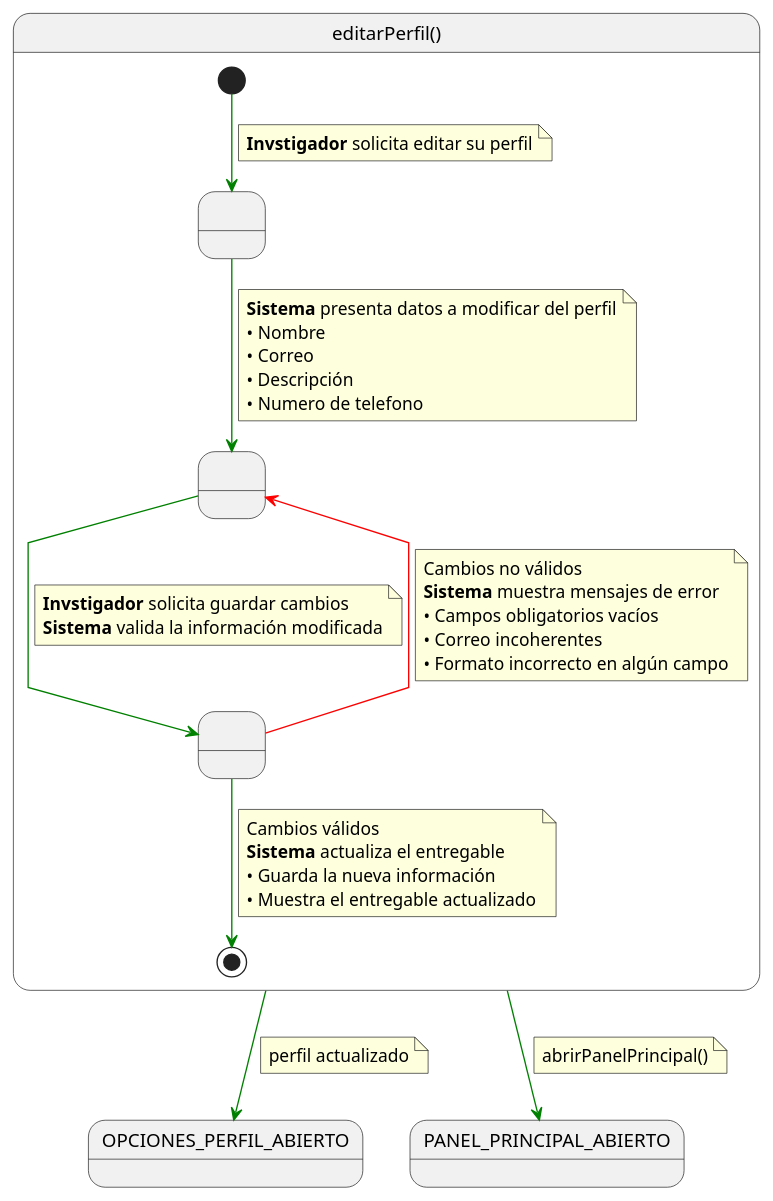
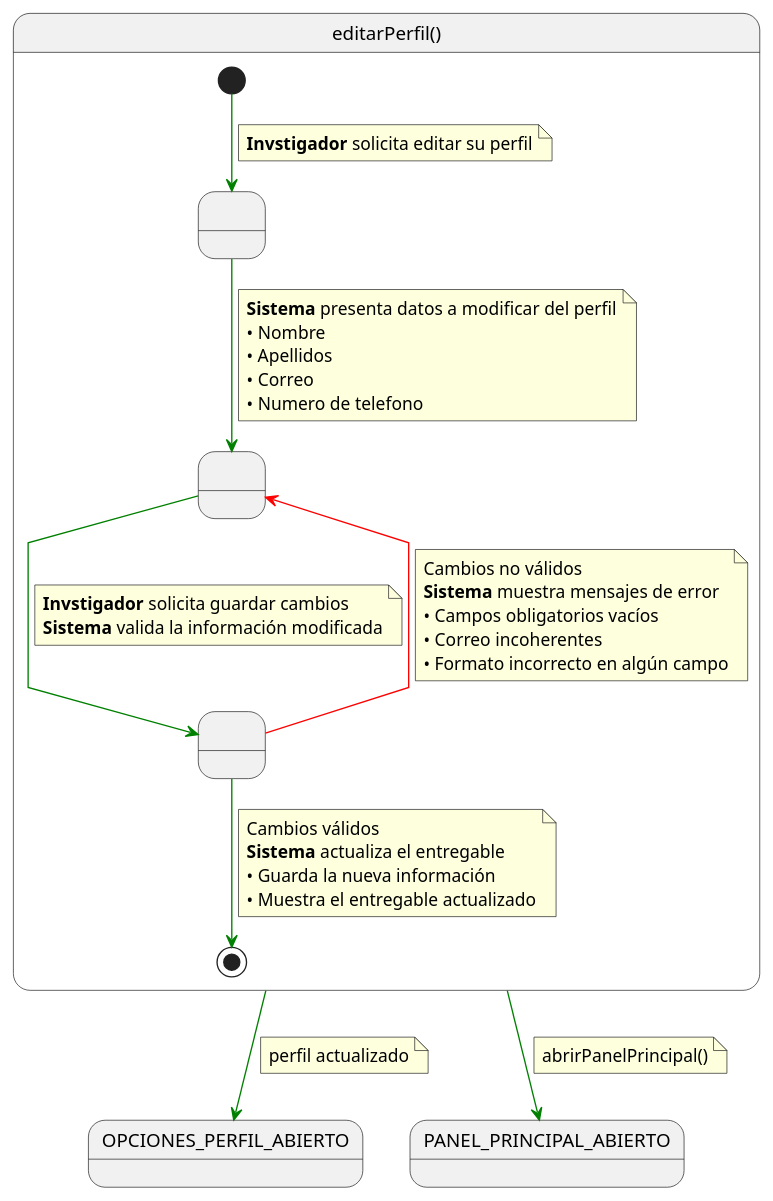
One commit to 31Diego/25-26-IdSw1-SdR changed the diagram in documents/CasosDeUso/investigador/01-gestion-perfil-investigador/editarPerfil/editarPerfil.puml. Above: the diagram before and after it, drawn with PlantUML.

Commit message:
fix/dato en perfil

```diff
--- a/documents/CasosDeUso/investigador/01-gestion-perfil-investigador/editarPerfil/editarPerfil.puml
+++ b/documents/CasosDeUso/investigador/01-gestion-perfil-investigador/editarPerfil/editarPerfil.puml
@@ -1,59 +1,59 @@
 @startuml editarPerfil
 
 skinparam linetype polyline
 
 state editarPerfil as "editarPerfil()" {
 
     state " " as MostrandoPerfil
     state " " as EditandoPerfil
     state " " as ValidandoCambios
 
     [*] -[#green]-> MostrandoPerfil
     note on link
     <b>Invstigador</b> solicita editar su perfil
     end note
 
     MostrandoPerfil -[#green]-> EditandoPerfil
     note on link
     <b>Sistema</b> presenta datos a modificar del perfil
     • Nombre
+    • Apellidos
     • Correo
-    • Descripción
     • Numero de telefono
     end note
 
     EditandoPerfil -[#green]-> ValidandoCambios
     note on link
     <b>Invstigador</b> solicita guardar cambios
     <b>Sistema</b> valida la información modificada
     end note
 
     ValidandoCambios -[#red]-> EditandoPerfil
     note on link
     Cambios no válidos
     <b>Sistema</b> muestra mensajes de error
     • Campos obligatorios vacíos
     • Correo incoherentes
     • Formato incorrecto en algún campo
     end note
 
     ValidandoCambios -[#green]-> [*]
     note on link
     Cambios válidos
     <b>Sistema</b> actualiza el entregable
     • Guarda la nueva información
     • Muestra el entregable actualizado
     end note
 }
 
 editarPerfil -[#green]-> OPCIONES_PERFIL_ABIERTO
 note on link
 perfil actualizado
 end note
 
 editarPerfil -[#green]-> PANEL_PRINCIPAL_ABIERTO
 note on link
 abrirPanelPrincipal()
 end note
 
 @enduml
```
